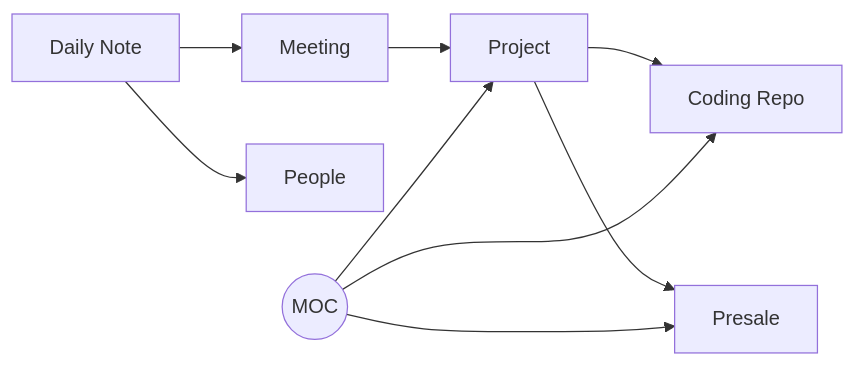
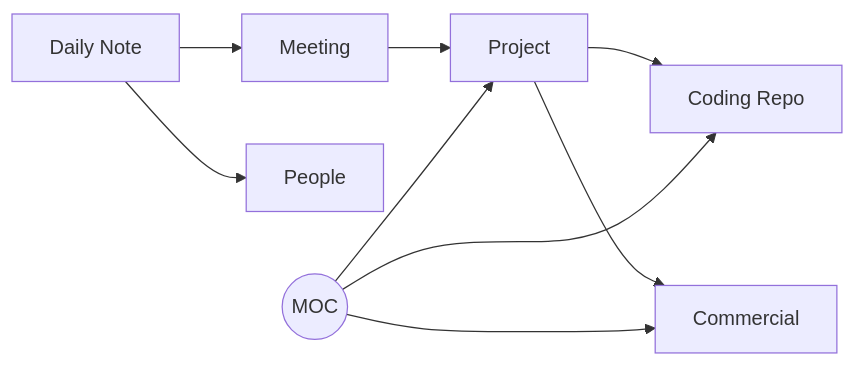
One commit to vinipx/brain changed the first of 2 diagrams in README.md. Above: the diagram before and after it, drawn with Mermaid. The commit also changed other lines of this file and 24 other files, not shown here.

````diff
--- a/README.md
+++ b/README.md
@@ -184,11 +184,11 @@
 ```mermaid
 graph LR
     D["Daily Note"] --> M["Meeting"]
     D --> P["People"]
     M --> Proj["Project"]
     Proj --> C["Coding Repo"]
-    Proj --> Pre["Presale"]
+    Proj --> Com["Commercial"]
     MOC(("MOC")) --> Proj
-    MOC --> Pre
+    MOC --> Com
     MOC --> C
 ```
````
